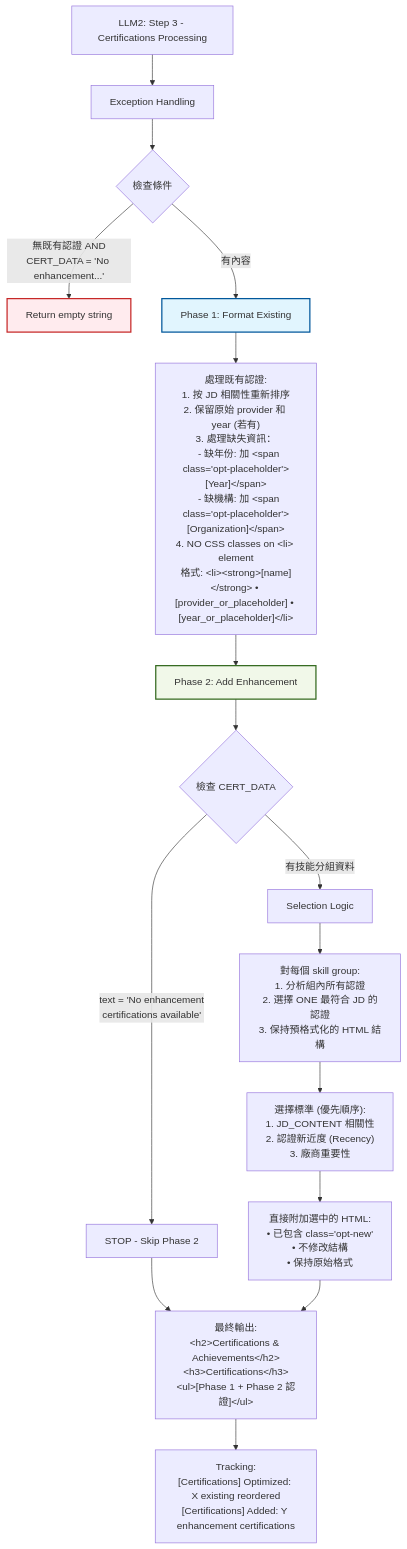
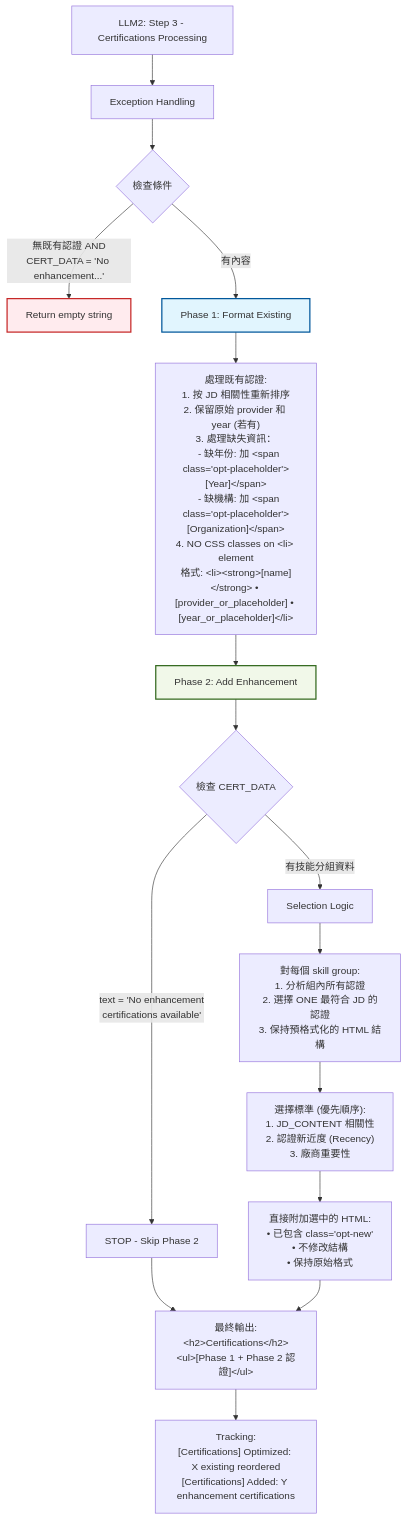
Before and after one commit to YuWenHao1212/azure_container: the fifth of 5 diagrams in docs/issues/tailor-resume-refactor-V3/Resume_Tailoring_V3_Prompt_Design_ZH-TW.md, drawn with Mermaid. The commit also changed other lines of this file and 2 other files, not shown here.

First line of the commit message:
refactor: Remove Achievements subsection from Certifications

````diff
--- a/docs/issues/tailor-resume-refactor-V3/Resume_Tailoring_V3_Prompt_Design_ZH-TW.md
+++ b/docs/issues/tailor-resume-refactor-V3/Resume_Tailoring_V3_Prompt_Design_ZH-TW.md
@@ -500,31 +502,31 @@
 ```mermaid
 graph TD
     Start[LLM2: Step 3 - Certifications Processing] --> Check[Exception Handling]
     
     Check --> Validate{檢查條件}
     Validate -->|無既有認證 AND<br/>CERT_DATA = 'No enhancement...'| ReturnEmpty[Return empty string ""]
     Validate -->|有內容| Phase1[Phase 1: Format Existing]
     
     Phase1 --> Process1["處理既有認證:<br/>1. 按 JD 相關性重新排序<br/>2. 保留原始 provider 和 year (若有)<br/>3. 處理缺失資訊：<br/>   - 缺年份: 加 &lt;span class='opt-placeholder'&gt;[Year]&lt;/span&gt;<br/>   - 缺機構: 加 &lt;span class='opt-placeholder'&gt;[Organization]&lt;/span&gt;<br/>4. NO CSS classes on &lt;li&gt; element<br/>格式: &lt;li&gt;&lt;strong&gt;[name]&lt;/strong&gt; • [provider_or_placeholder] • [year_or_placeholder]&lt;/li&gt;"]
     
     Process1 --> Phase2[Phase 2: Add Enhancement]
     
     Phase2 --> ValidateData{檢查 CERT_DATA}
     ValidateData -->|text = 'No enhancement<br/>certifications available'| Skip[STOP - Skip Phase 2]
     ValidateData -->|有技能分組資料| SelectCerts[Selection Logic]
     
     SelectCerts --> PerSkill["對每個 skill group:<br/>1. 分析組內所有認證<br/>2. 選擇 ONE 最符合 JD 的認證<br/>3. 保持預格式化的 HTML 結構"]
     
     PerSkill --> SelectionCriteria["選擇標準 (優先順序):<br/>1. JD_CONTENT 相關性<br/>2. 認證新近度 (Recency)<br/>3. 廠商重要性"]
     
     SelectionCriteria --> AppendHTML["直接附加選中的 HTML:<br/>• 已包含 class='opt-new'<br/>• 不修改結構<br/>• 保持原始格式"]
     
     Skip --> FinalOutput
-    AppendHTML --> FinalOutput["最終輸出:<br/>&lt;h2&gt;Certifications & Achievements&lt;/h2&gt;<br/>&lt;h3&gt;Certifications&lt;/h3&gt;<br/>&lt;ul&gt;[Phase 1 + Phase 2 認證]&lt;/ul&gt;"]
+    AppendHTML --> FinalOutput["最終輸出:<br/>&lt;h2&gt;Certifications&lt;/h2&gt;<br/>&lt;ul&gt;[Phase 1 + Phase 2 認證]&lt;/ul&gt;"]
     
     FinalOutput --> Track["Tracking:<br/>[Certifications] Optimized: X existing reordered<br/>[Certifications] Added: Y enhancement certifications"]
     
     style Phase1 fill:#e1f5fe,stroke:#01579b,stroke-width:2px
     style Phase2 fill:#f1f8e9,stroke:#33691e,stroke-width:2px
     style ReturnEmpty fill:#ffebee,stroke:#c62828,stroke-width:2px
 ```
````
